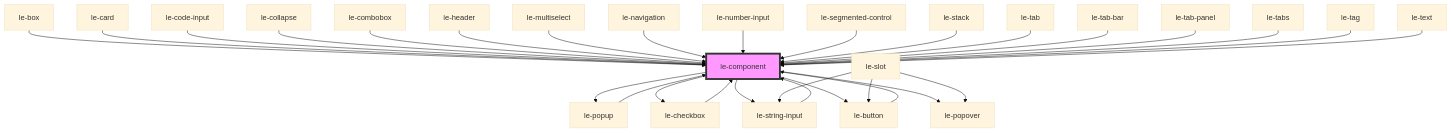
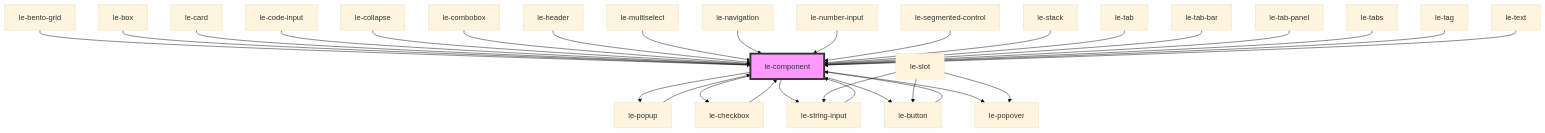
One commit to leechy/le-kit changed the diagram in packages/core/src/components/le-component/readme.md. Above: the diagram before and after it, drawn with Mermaid (base theme). The commit also changed other lines of this file and 16 other files, not shown here.

Commit message:
feat (core): <le-bento-grid> (and <le-bento-tile>) components

````diff
--- a/packages/core/src/components/le-component/readme.md
+++ b/packages/core/src/components/le-component/readme.md
@@ -84,33 +85,34 @@
 ```mermaid
 graph TD;
   le-component --> le-button
   le-component --> le-checkbox
   le-component --> le-string-input
   le-component --> le-popover
   le-component --> le-popup
   le-button --> le-component
   le-slot --> le-popover
   le-slot --> le-button
   le-slot --> le-string-input
   le-string-input --> le-component
   le-checkbox --> le-component
   le-popup --> le-component
+  le-bento-grid --> le-component
   le-box --> le-component
   le-card --> le-component
   le-code-input --> le-component
   le-collapse --> le-component
   le-combobox --> le-component
   le-header --> le-component
   le-multiselect --> le-component
   le-navigation --> le-component
   le-number-input --> le-component
   le-segmented-control --> le-component
   le-stack --> le-component
   le-tab --> le-component
   le-tab-bar --> le-component
   le-tab-panel --> le-component
   le-tabs --> le-component
   le-tag --> le-component
   le-text --> le-component
   style le-component fill:#f9f,stroke:#333,stroke-width:4px
 ```
````
